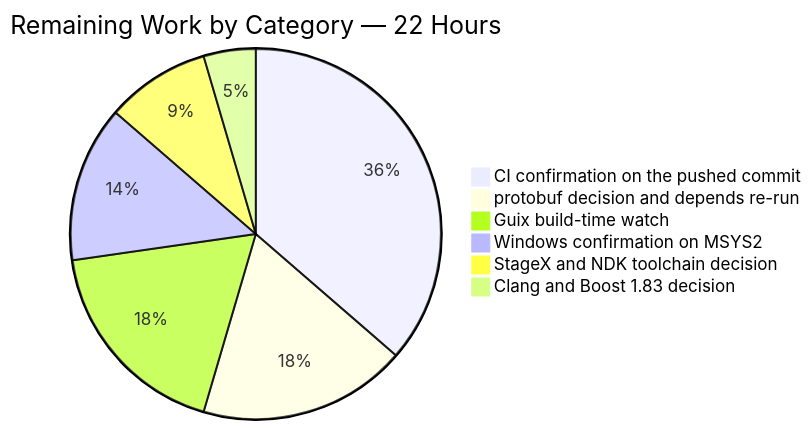
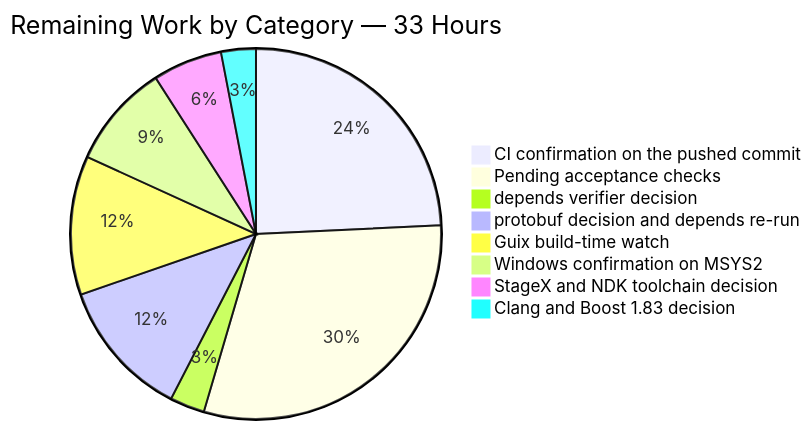
The third of 4 diagrams in blitzy/documentation/Project Guide.md (Tzadiko/monero), drawn with Mermaid before and after one commit. The commit also changed other lines of this file and 3 other files, not shown here.

````diff
--- a/blitzy/documentation/Project Guide.md
+++ b/blitzy/documentation/Project Guide.md
@@ -1101,9 +1619,11 @@
 ```mermaid
-pie title Remaining Work by Category — 22 Hours
+pie title Remaining Work by Category — 33 Hours
     "CI confirmation on the pushed commit" : 8
+    "Pending acceptance checks" : 10
+    "depends verifier decision" : 1
     "protobuf decision and depends re-run" : 4
     "Guix build-time watch" : 4
     "Windows confirmation on MSYS2" : 3
     "StageX and NDK toolchain decision" : 2
     "Clang and Boost 1.83 decision" : 1
 ```
````
